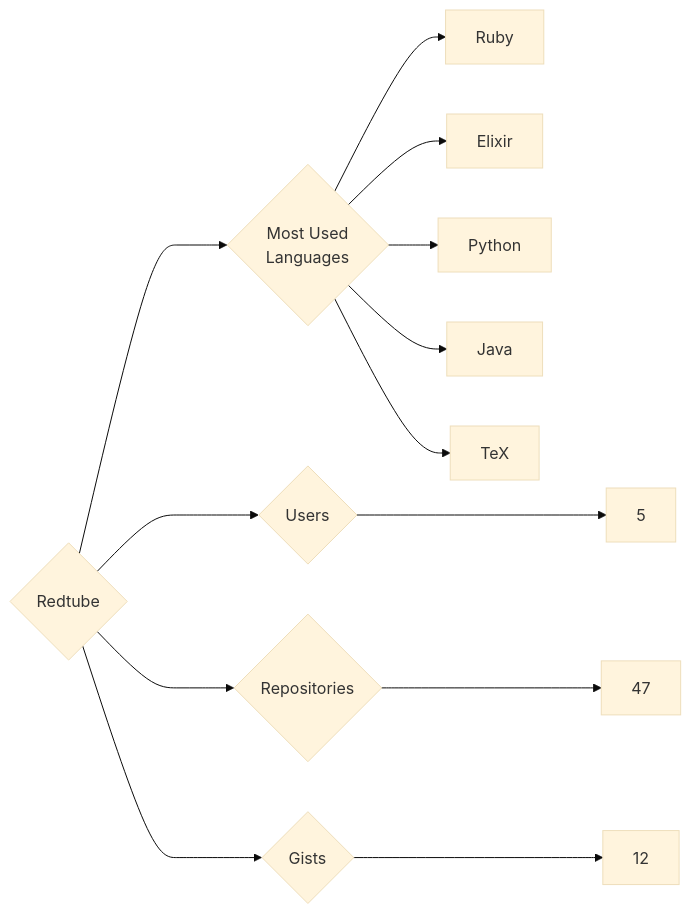
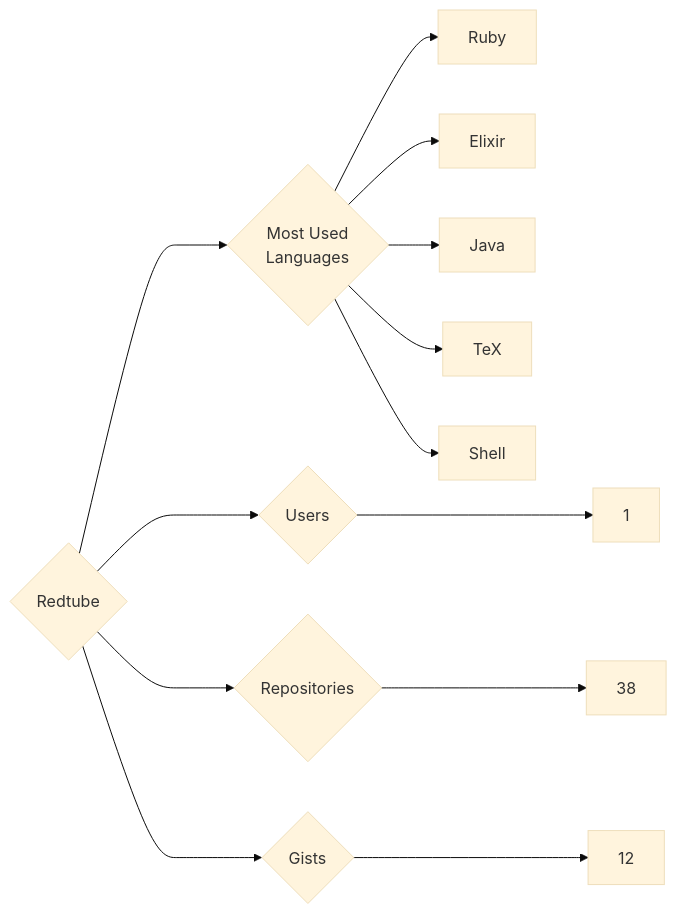
Before and after one commit to trickest/insiders: the diagram in targets/Redtube/README.md, drawn with Mermaid (base theme). The commit also changed 823 other files, not shown here.

````diff
--- a/targets/Redtube/README.md
+++ b/targets/Redtube/README.md
@@ -3,13 +3,13 @@
 ```mermaid
 graph LR
 COMPANY_NAME{Redtube}
-COMPANY_NAME ---> U{Users} ---> UN[5]
-COMPANY_NAME ---> R{Repositories} ---> RN[47]
+COMPANY_NAME ---> U{Users} ---> UN[1]
+COMPANY_NAME ---> R{Repositories} ---> RN[38]
 COMPANY_NAME ---> G{Gists} ---> GN[12]
 COMPANY_NAME ---> ML{Most Used<br>Languages}
 ML --> Ruby[Ruby]
 ML --> Elixir[Elixir]
-ML --> Python[Python]
 ML --> Java[Java]
 ML --> TeX[TeX]
+ML --> Shell[Shell]
 ```
````
